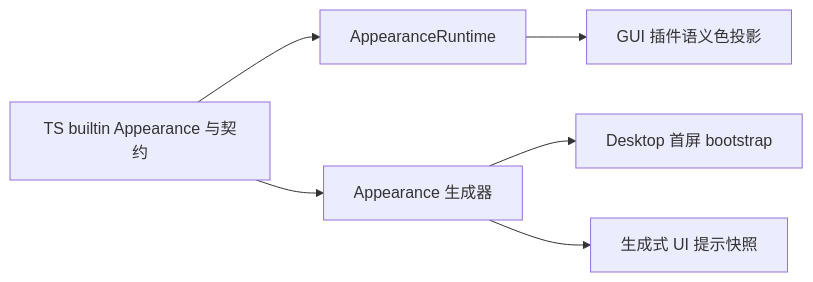
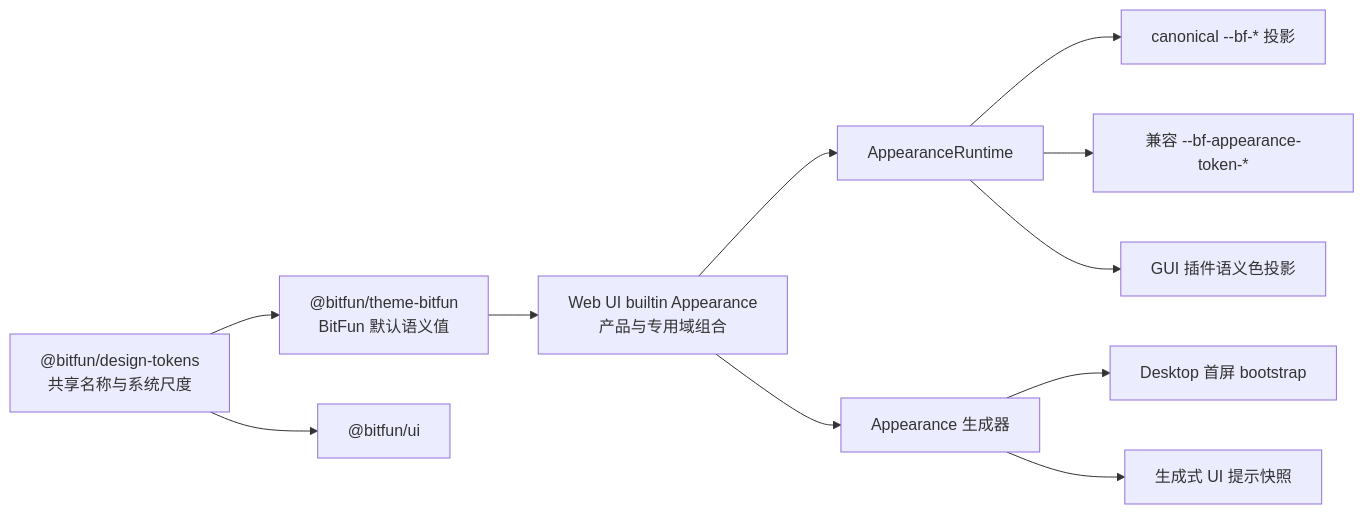
Before and after one commit to 1688mengdie/BitFun: the diagram in docs/architecture/theme-token-optimization.md, drawn with Mermaid. The commit also changed other lines of this file and 457 other files, not shown here.

Commit message:
feat(design-system): establish independent UI foundation

````diff
--- a/docs/architecture/theme-token-optimization.md
+++ b/docs/architecture/theme-token-optimization.md
@@ -44,8 +46,13 @@
 ```mermaid
 flowchart LR
-  Source["TS builtin Appearance 与契约"] --> Runtime["AppearanceRuntime"]
+  System["@bitfun/design-tokens<br/>共享名称与系统尺度"] --> Theme["@bitfun/theme-bitfun<br/>BitFun 默认语义值"]
+  System --> Components["@bitfun/ui"]
+  Theme --> Source["Web UI builtin Appearance<br/>产品与专用域组合"]
+  Source --> Runtime["AppearanceRuntime"]
   Source --> Generator["Appearance 生成器"]
   Generator --> Bootstrap["Desktop 首屏 bootstrap"]
   Generator --> Prompt["生成式 UI 提示快照"]
+  Runtime --> Canonical["canonical --bf-* 投影"]
+  Runtime --> Compatibility["兼容 --bf-appearance-token-*"]
   Runtime --> Projection["GUI 插件语义色投影"]
 ```
````
